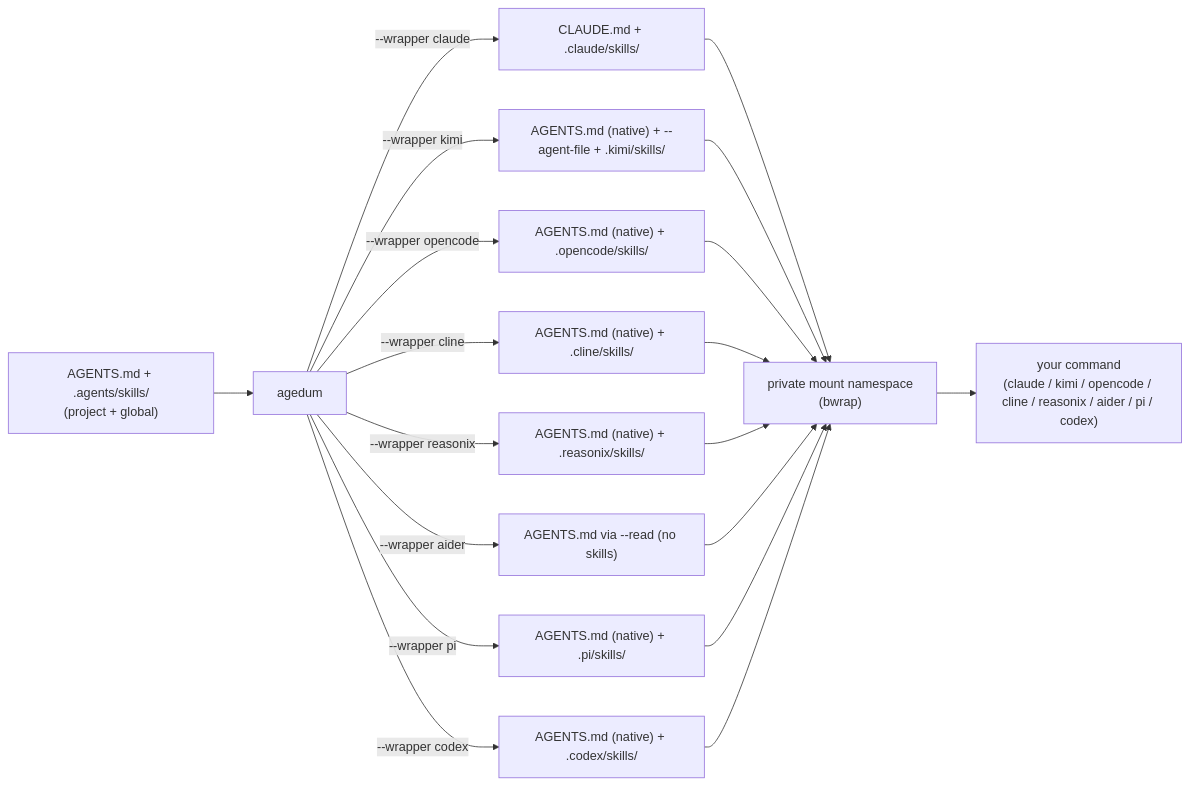
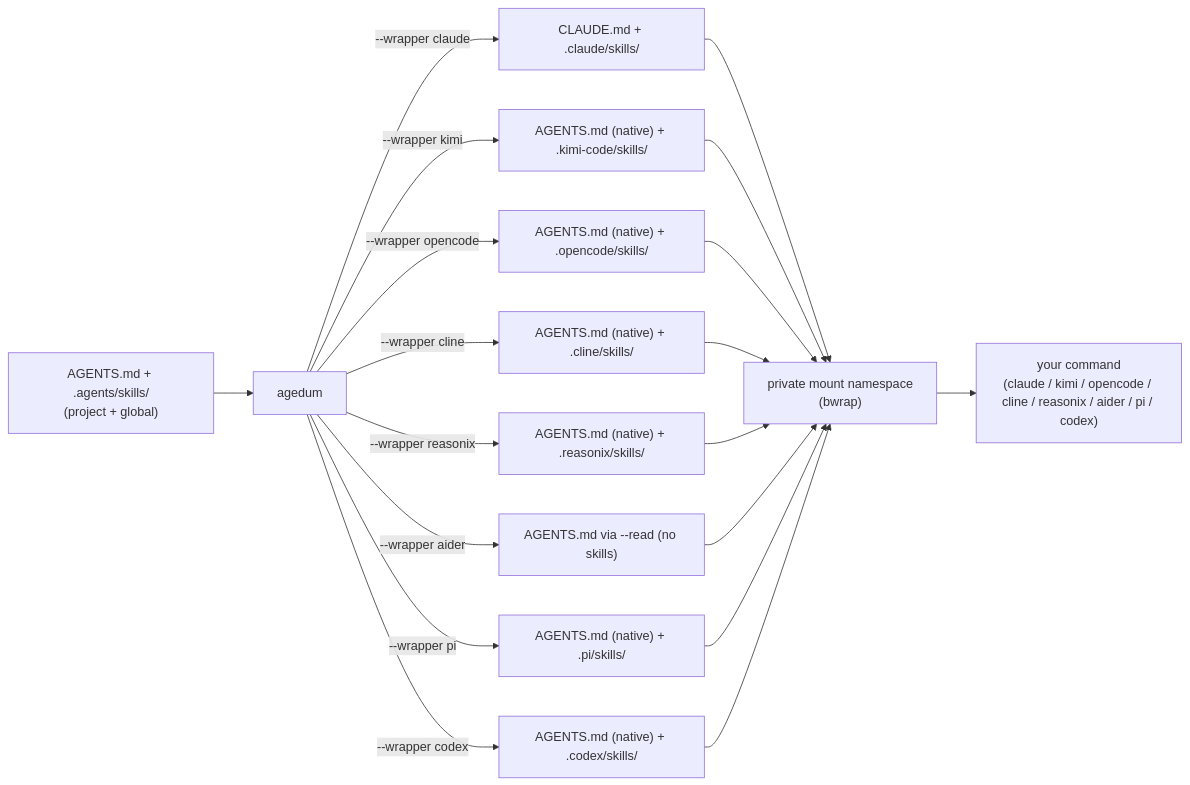
One commit to vcoeur/agedum changed the diagram in docs/index.md. Above: the diagram before and after it, drawn with Mermaid. The commit also changed other lines of this file and 17 other files, not shown here.

````diff
--- a/docs/index.md
+++ b/docs/index.md
@@ -61,21 +65,21 @@
 ```mermaid
 flowchart LR
   src["AGENTS.md + .agents/skills/<br/>(project + global)"] --> agedum
   agedum -->|"--wrapper claude"| cl["CLAUDE.md + .claude/skills/"]
-  agedum -->|"--wrapper kimi"| ki["AGENTS.md (native) + --agent-file + .kimi/skills/"]
+  agedum -->|"--wrapper kimi"| ki["AGENTS.md (native) + .kimi-code/skills/"]
   agedum -->|"--wrapper opencode"| oc["AGENTS.md (native) + .opencode/skills/"]
   agedum -->|"--wrapper cline"| cln["AGENTS.md (native) + .cline/skills/"]
   agedum -->|"--wrapper reasonix"| rx["AGENTS.md (native) + .reasonix/skills/"]
   agedum -->|"--wrapper aider"| ai["AGENTS.md via --read (no skills)"]
   agedum -->|"--wrapper pi"| pi["AGENTS.md (native) + .pi/skills/"]
   agedum -->|"--wrapper codex"| cx["AGENTS.md (native) + .codex/skills/"]
   cl --> ns["private mount namespace<br/>(bwrap)"]
   ki --> ns
   oc --> ns
   cln --> ns
   rx --> ns
   ai --> ns
   pi --> ns
   cx --> ns
   ns --> cmd["your command<br/>(claude / kimi / opencode / cline / reasonix / aider / pi / codex)"]
 ```
````
